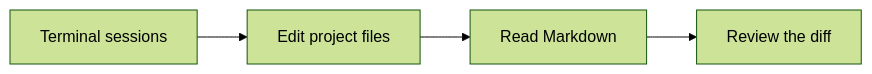
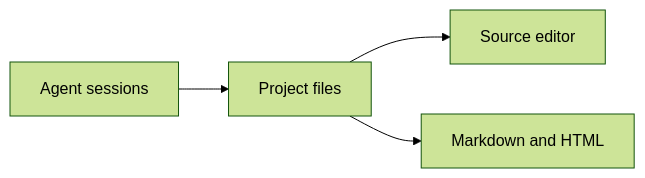
The diagram in docs/examples/workbench-tour.md (cloudy-liu/ctty7), drawn with Mermaid (forest theme) before and after one commit. The commit also changed other lines of this file and 16 other files, not shown here.

````diff
--- a/docs/examples/workbench-tour.md
+++ b/docs/examples/workbench-tour.md
@@ -12,6 +12,6 @@
 ```mermaid
 flowchart LR
-    A[Terminal sessions] --> B[Edit project files]
-    B --> C[Read Markdown]
-    C --> D[Review the diff]
+    A[Agent sessions] --> B[Project files]
+    B --> C[Source editor]
+    B --> D[Markdown and HTML]
 ```
````
